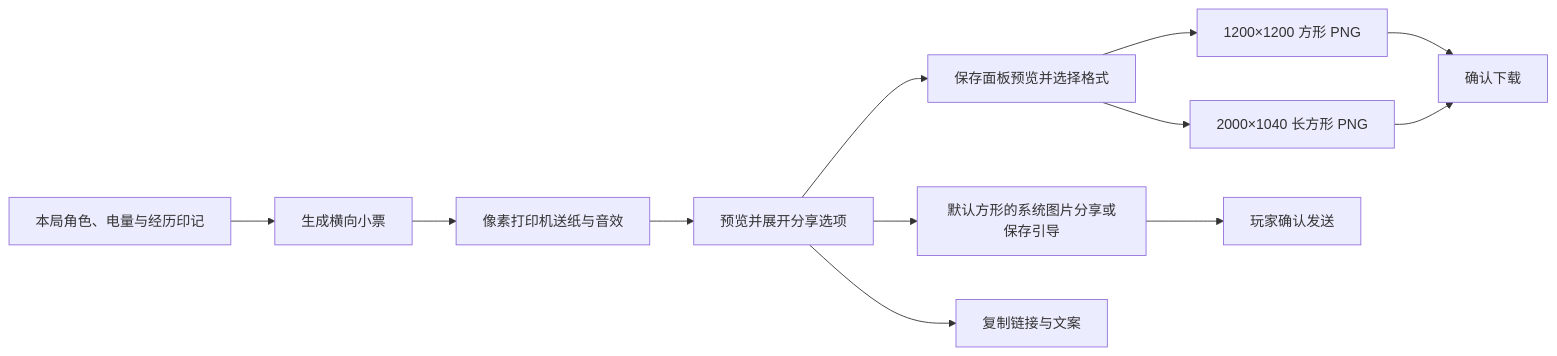
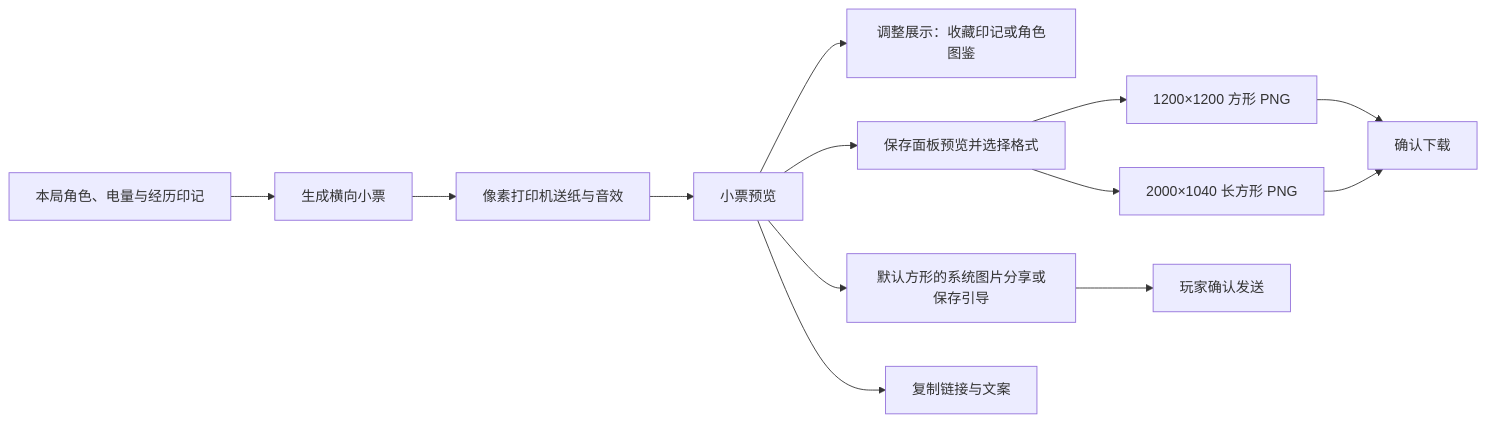
The fourth of 4 diagrams in README.md (wsLuYao/social-battery-game), drawn with Mermaid before and after one commit. The commit also changed other lines of this file and 1120 other files, not shown here.

````diff
--- a/README.md
+++ b/README.md
@@ -144,14 +144,15 @@
 ```mermaid
 flowchart LR
     A[本局角色、电量与经历印记] --> B[生成横向小票]
     B --> C[像素打印机送纸与音效]
-    C --> D[预览并展开分享选项]
+    C --> D[小票预览]
+    D --> M[调整展示：收藏印记或角色图鉴]
     D --> E[保存面板预览并选择格式]
     E --> S[1200×1200 方形 PNG]
     E --> L[2000×1040 长方形 PNG]
     S --> P[确认下载]
     L --> P
     D --> F[默认方形的系统图片分享或保存引导]
     D --> G[复制链接与文案]
     F --> H[玩家确认发送]
 ```
````
